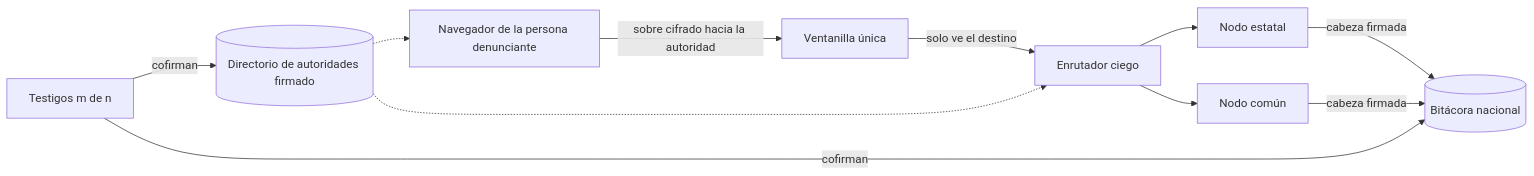
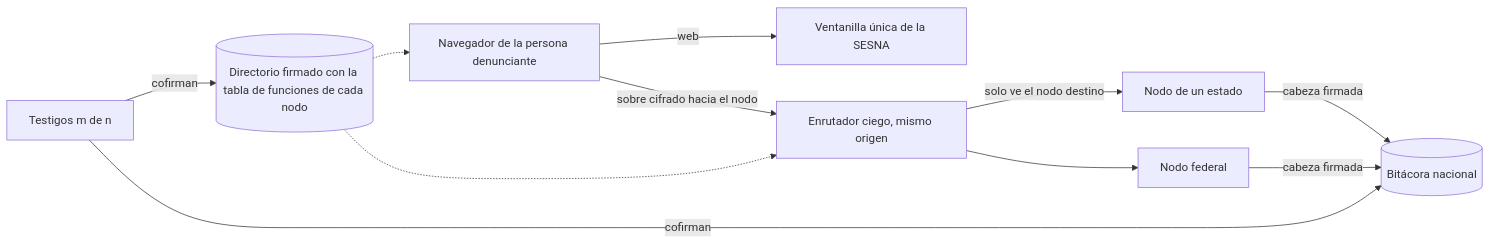
One commit to GuilleOp/sigilo-s5 changed the diagram in docs/adr/0005-estandar-s5-federado.md. Above: the diagram before and after it, drawn with Mermaid. The commit also changed other lines of this file and 8 other files, not shown here.

````diff
--- a/docs/adr/0005-estandar-s5-federado.md
+++ b/docs/adr/0005-estandar-s5-federado.md
@@ -63,13 +63,13 @@
 ```mermaid
 flowchart LR
-  N[Navegador de la persona denunciante] -- sobre cifrado hacia la autoridad --> V[Ventanilla única]
-  V -- solo ve el destino --> R[Enrutador ciego]
-  R --> E1[Nodo estatal]
-  R --> C[Nodo común]
-  D[(Directorio de autoridades firmado)] -.-> N
+  N[Navegador de la persona denunciante] -- web --> V[Ventanilla única de la SESNA]
+  N -- sobre cifrado hacia el nodo --> R[Enrutador ciego, mismo origen]
+  R -- solo ve el nodo destino --> E1[Nodo de un estado]
+  R --> F[Nodo federal]
+  D[(Directorio firmado con la tabla de funciones de cada nodo)] -.-> N
   D -.-> R
   E1 -- cabeza firmada --> B[(Bitácora nacional)]
-  C -- cabeza firmada --> B
+  F -- cabeza firmada --> B
   T[Testigos m de n] -- cofirman --> B
   T -- cofirman --> D
 ```
````
